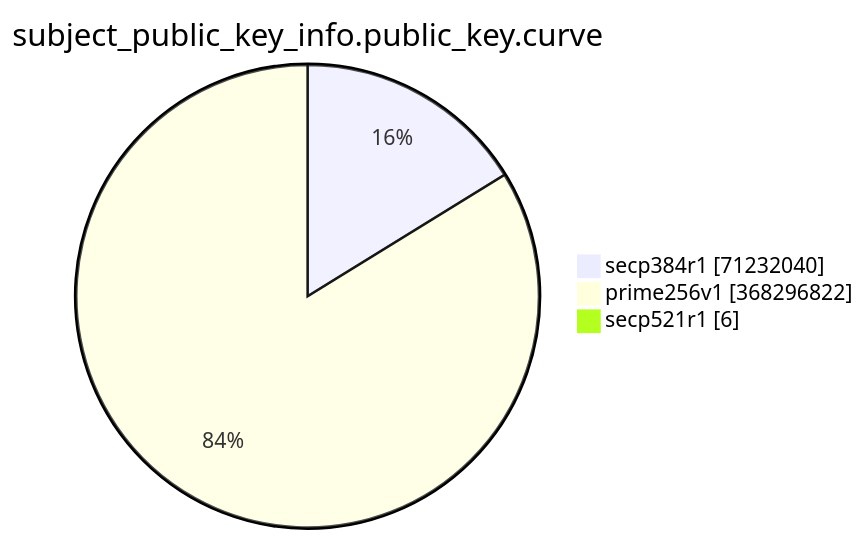
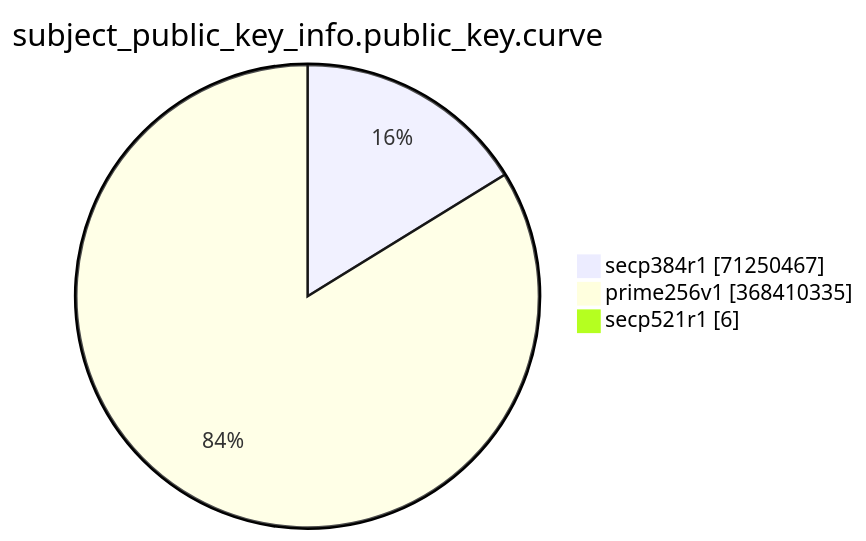
The eighth of 15 diagrams in TOTAL/README.md (christiankrug/ctmonitor_visualization), drawn with Mermaid before and after one commit. The commit also changed other lines of this file, not shown here.

````diff
--- a/TOTAL/README.md
+++ b/TOTAL/README.md
@@ -3092,7 +3092,7 @@
 ```mermaid
 pie showData
 title subject_public_key_info.public_key.curve
-"secp384r1" :71232040
-"prime256v1" :368296822
+"secp384r1" :71250467
+"prime256v1" :368410335
 "secp521r1" :6
 ```
````
